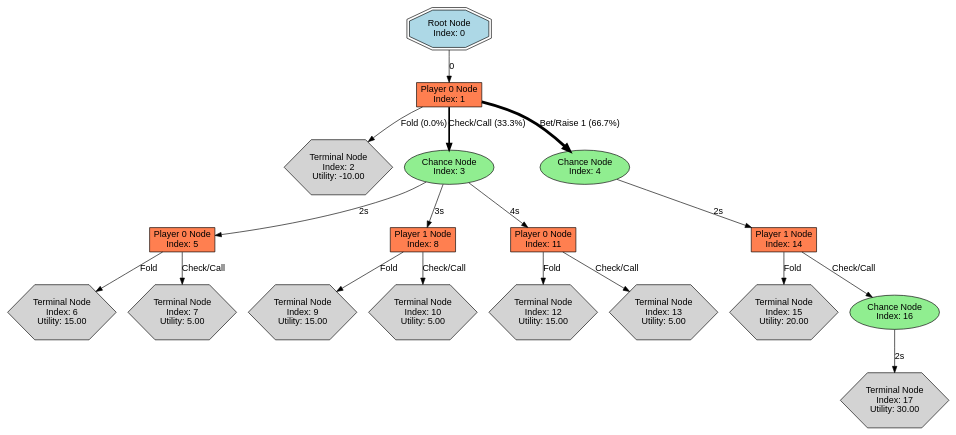
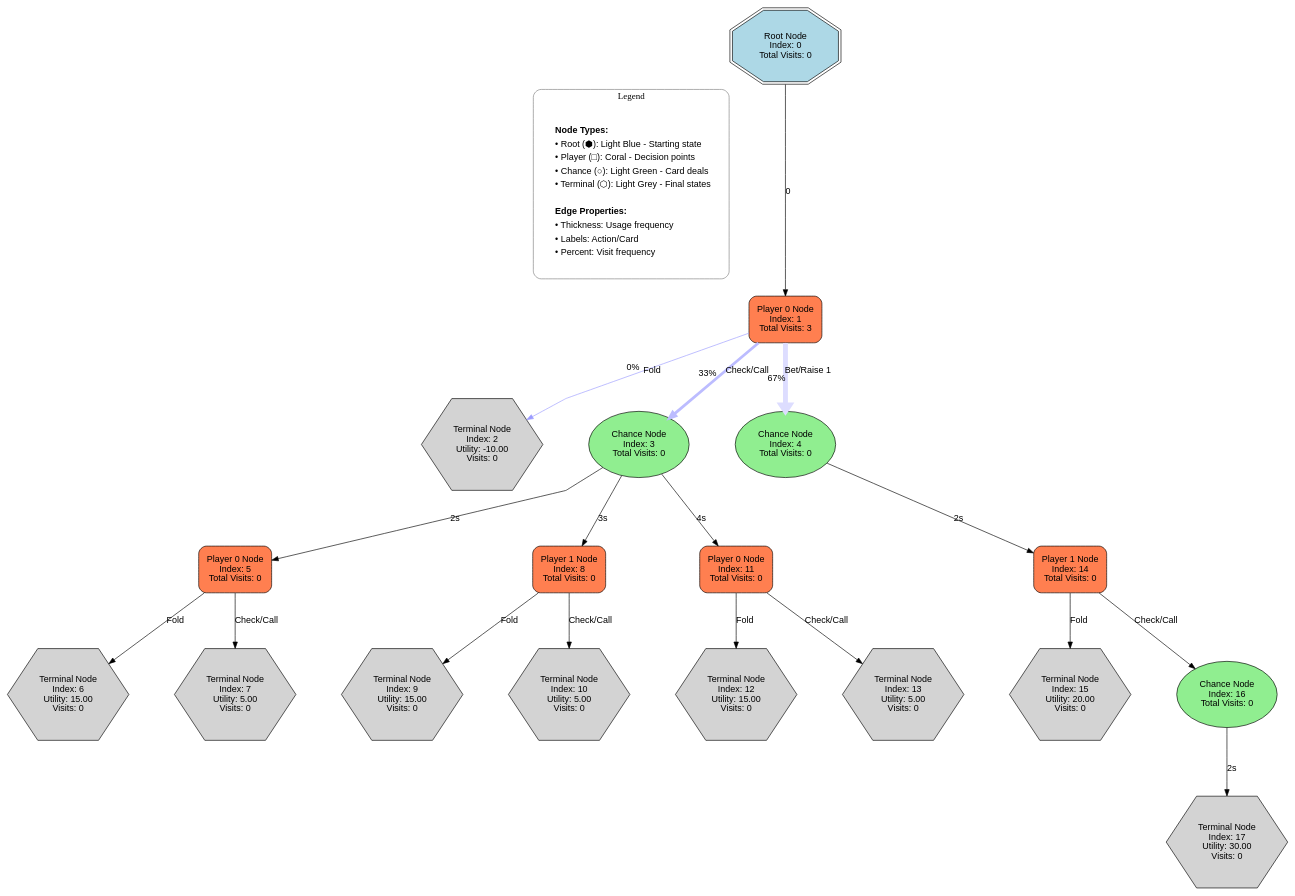
The diagram in examples/exports/cfr_tree.dot (elliottneilclark/rs-poker), drawn with Graphviz before and after one commit. The commit also changed 4 other files, not shown here.

Commit message:
feat: Enhance CFR tree visualization with legend and improved styling

```diff
--- a/examples/exports/cfr_tree.dot
+++ b/examples/exports/cfr_tree.dot
@@ -1,39 +1,72 @@
 digraph CFRTree {
-  node [shape=box, style="rounded,filled", fontname="Arial"];
-  edge [fontname="Arial"];
-  node_0 [label="Root Node\nIndex: 0", shape=doubleoctagon, style="filled", fillcolor="lightblue"];
-  node_0 -> node_1 [label="0"]
-  node_1 [label="Player 0 Node\nIndex: 1", shape=box, style="filled", fillcolor="coral"];
-  node_1 -> node_2 [label="Fold (0.0%)", penwidth=1]
-  node_1 -> node_3 [label="Check/Call (33.3%)", penwidth=2.6666667]
-  node_1 -> node_4 [label="Bet/Raise 1 (66.7%)", penwidth=4.3333335]
-  node_2 [label="Terminal Node\nIndex: 2\nUtility: -10.00", shape=hexagon, style="filled", fillcolor="lightgrey"];
-  node_3 [label="Chance Node\nIndex: 3", shape=ellipse, style="filled", fillcolor="lightgreen"];
-  node_3 -> node_5 [label="2s"]
-  node_3 -> node_8 [label="3s"]
-  node_3 -> node_11 [label="4s"]
-  node_4 [label="Chance Node\nIndex: 4", shape=ellipse, style="filled", fillcolor="lightgreen"];
-  node_4 -> node_14 [label="2s"]
-  node_5 [label="Player 0 Node\nIndex: 5", shape=box, style="filled", fillcolor="coral"];
-  node_5 -> node_6 [label="Fold"]
-  node_5 -> node_7 [label="Check/Call"]
-  node_6 [label="Terminal Node\nIndex: 6\nUtility: 15.00", shape=hexagon, style="filled", fillcolor="lightgrey"];
-  node_7 [label="Terminal Node\nIndex: 7\nUtility: 5.00", shape=hexagon, style="filled", fillcolor="lightgrey"];
-  node_8 [label="Player 1 Node\nIndex: 8", shape=box, style="filled", fillcolor="coral"];
-  node_8 -> node_9 [label="Fold"]
-  node_8 -> node_10 [label="Check/Call"]
-  node_9 [label="Terminal Node\nIndex: 9\nUtility: 15.00", shape=hexagon, style="filled", fillcolor="lightgrey"];
-  node_10 [label="Terminal Node\nIndex: 10\nUtility: 5.00", shape=hexagon, style="filled", fillcolor="lightgrey"];
-  node_11 [label="Player 0 Node\nIndex: 11", shape=box, style="filled", fillcolor="coral"];
-  node_11 -> node_12 [label="Fold"]
-  node_11 -> node_13 [label="Check/Call"]
-  node_12 [label="Terminal Node\nIndex: 12\nUtility: 15.00", shape=hexagon, style="filled", fillcolor="lightgrey"];
-  node_13 [label="Terminal Node\nIndex: 13\nUtility: 5.00", shape=hexagon, style="filled", fillcolor="lightgrey"];
-  node_14 [label="Player 1 Node\nIndex: 14", shape=box, style="filled", fillcolor="coral"];
-  node_14 -> node_15 [label="Fold"]
-  node_14 -> node_16 [label="Check/Call"]
-  node_15 [label="Terminal Node\nIndex: 15\nUtility: 20.00", shape=hexagon, style="filled", fillcolor="lightgrey"];
-  node_16 [label="Chance Node\nIndex: 16", shape=ellipse, style="filled", fillcolor="lightgreen"];
-  node_16 -> node_17 [label="2s"]
-  node_17 [label="Terminal Node\nIndex: 17\nUtility: 30.00", shape=hexagon, style="filled", fillcolor="lightgrey"];
+  // Graph styling
+  graph [rankdir=TB, splines=polyline, nodesep=1.0, ranksep=1.2, concentrate=true, compound=true];
+  node [shape=box, style="rounded,filled", fontname="Arial", margin=0.2];
+  edge [fontname="Arial", penwidth=1.0, labelangle=25, labeldistance=1.8, labelfloat=true];
+  // Add legend
+  subgraph cluster_legend {
+    graph [rank=sink];
+    label="Legend";
+    style=rounded;
+    color=gray;
+    margin=16;
+    node [shape=plaintext, style=""];
+    legend [label=<
+      <table border="0" cellborder="0" cellspacing="2">
+        <tr><td align="left"><b>Node Types:</b></td></tr>
+        <tr><td align="left">• Root (⬢): Light Blue - Starting state</td></tr>
+        <tr><td align="left">• Player (□): Coral - Decision points</td></tr>
+        <tr><td align="left">• Chance (○): Light Green - Card deals</td></tr>
+        <tr><td align="left">• Terminal (⬡): Light Grey - Final states</td></tr>
+        <tr><td><br/></td></tr>
+        <tr><td align="left"><b>Edge Properties:</b></td></tr>
+        <tr><td align="left">• Thickness: Usage frequency</td></tr>
+        <tr><td align="left">• Labels: Action/Card</td></tr>
+        <tr><td align="left">• Percent: Visit frequency</td></tr>
+      </table>
+    >];
+  }
+
+  // Node grouping
+  {rank=source; node_0;}
+  node_0 [label="Root Node\nIndex: 0\nTotal Visits: 0", shape=doubleoctagon, style="filled", fillcolor="lightblue", tooltip="Most Common Action: 51\nAction Frequency: 0.0%"];
+  node_0 -> node_1 [label="0", weight=1]
+  node_1 [label="Player 0 Node\nIndex: 1\nTotal Visits: 3", shape=box, style="rounded,filled", fillcolor="coral", tooltip="Most Common Action: 2\nAction Frequency: 66.7%"];
+  {rank=same; node_1;}  // Group player nodes
+  node_1 -> node_2 [label="Fold", penwidth=1, color="#9B9BFF", tooltip="Frequency: 0.0%", xlabel="0%", weight=1]
+  node_1 -> node_3 [label="Check/Call", penwidth=4.3333335, color="#BCBCFF", tooltip="Frequency: 33.3%", xlabel="33%", weight=33]
+  node_1 -> node_4 [label="Bet/Raise 1", penwidth=7.666667, color="#DDDDFF", tooltip="Frequency: 66.7%", xlabel="67%", weight=66]
+  node_2 [label="Terminal Node\nIndex: 2\nUtility: -10.00\nVisits: 0", shape=hexagon, style="filled", fillcolor="lightgrey", tooltip="Average Utility: 0.00"];
+  node_3 [label="Chance Node\nIndex: 3\nTotal Visits: 0", shape=ellipse, style="filled", fillcolor="lightgreen", tooltip="Most Common Action: 51\nAction Frequency: 0.0%"];
+  node_3 -> node_5 [label="2s", weight=1]
+  node_3 -> node_8 [label="3s", weight=1]
+  node_3 -> node_11 [label="4s", weight=1]
+  node_4 [label="Chance Node\nIndex: 4\nTotal Visits: 0", shape=ellipse, style="filled", fillcolor="lightgreen", tooltip="Most Common Action: 51\nAction Frequency: 0.0%"];
+  node_4 -> node_14 [label="2s", weight=1]
+  node_5 [label="Player 0 Node\nIndex: 5\nTotal Visits: 0", shape=box, style="rounded,filled", fillcolor="coral", tooltip="Most Common Action: 51\nAction Frequency: 0.0%"];
+  {rank=same; node_5;}  // Group player nodes
+  node_5 -> node_6 [label="Fold", weight=1]
+  node_5 -> node_7 [label="Check/Call", weight=1]
+  node_6 [label="Terminal Node\nIndex: 6\nUtility: 15.00\nVisits: 0", shape=hexagon, style="filled", fillcolor="lightgrey", tooltip="Average Utility: 0.00"];
+  node_7 [label="Terminal Node\nIndex: 7\nUtility: 5.00\nVisits: 0", shape=hexagon, style="filled", fillcolor="lightgrey", tooltip="Average Utility: 0.00"];
+  node_8 [label="Player 1 Node\nIndex: 8\nTotal Visits: 0", shape=box, style="rounded,filled", fillcolor="coral", tooltip="Most Common Action: 51\nAction Frequency: 0.0%"];
+  {rank=same; node_8;}  // Group player nodes
+  node_8 -> node_9 [label="Fold", weight=1]
+  node_8 -> node_10 [label="Check/Call", weight=1]
+  node_9 [label="Terminal Node\nIndex: 9\nUtility: 15.00\nVisits: 0", shape=hexagon, style="filled", fillcolor="lightgrey", tooltip="Average Utility: 0.00"];
+  node_10 [label="Terminal Node\nIndex: 10\nUtility: 5.00\nVisits: 0", shape=hexagon, style="filled", fillcolor="lightgrey", tooltip="Average Utility: 0.00"];
+  node_11 [label="Player 0 Node\nIndex: 11\nTotal Visits: 0", shape=box, style="rounded,filled", fillcolor="coral", tooltip="Most Common Action: 51\nAction Frequency: 0.0%"];
+  {rank=same; node_11;}  // Group player nodes
+  node_11 -> node_12 [label="Fold", weight=1]
+  node_11 -> node_13 [label="Check/Call", weight=1]
+  node_12 [label="Terminal Node\nIndex: 12\nUtility: 15.00\nVisits: 0", shape=hexagon, style="filled", fillcolor="lightgrey", tooltip="Average Utility: 0.00"];
+  node_13 [label="Terminal Node\nIndex: 13\nUtility: 5.00\nVisits: 0", shape=hexagon, style="filled", fillcolor="lightgrey", tooltip="Average Utility: 0.00"];
+  node_14 [label="Player 1 Node\nIndex: 14\nTotal Visits: 0", shape=box, style="rounded,filled", fillcolor="coral", tooltip="Most Common Action: 51\nAction Frequency: 0.0%"];
+  {rank=same; node_14;}  // Group player nodes
+  node_14 -> node_15 [label="Fold", weight=1]
+  node_14 -> node_16 [label="Check/Call", weight=1]
+  node_15 [label="Terminal Node\nIndex: 15\nUtility: 20.00\nVisits: 0", shape=hexagon, style="filled", fillcolor="lightgrey", tooltip="Average Utility: 0.00"];
+  node_16 [label="Chance Node\nIndex: 16\nTotal Visits: 0", shape=ellipse, style="filled", fillcolor="lightgreen", tooltip="Most Common Action: 51\nAction Frequency: 0.0%"];
+  node_16 -> node_17 [label="2s", weight=1]
+  node_17 [label="Terminal Node\nIndex: 17\nUtility: 30.00\nVisits: 0", shape=hexagon, style="filled", fillcolor="lightgrey", tooltip="Average Utility: 0.00"];
 }
```
